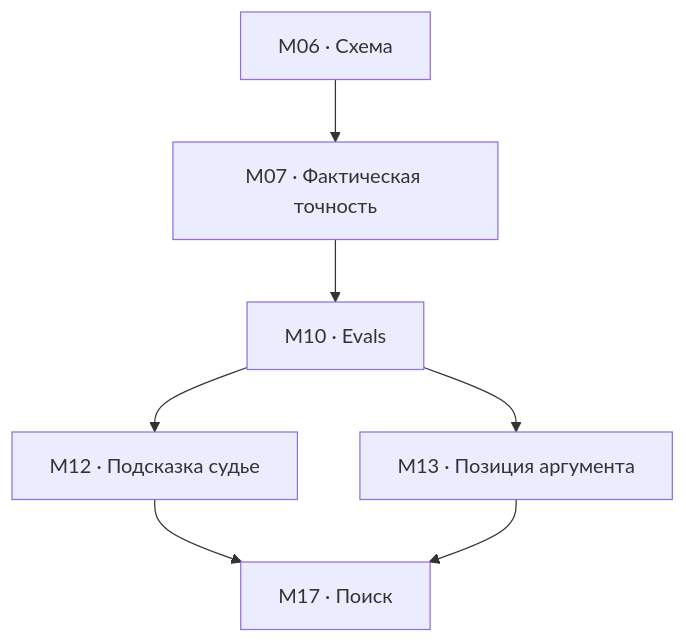
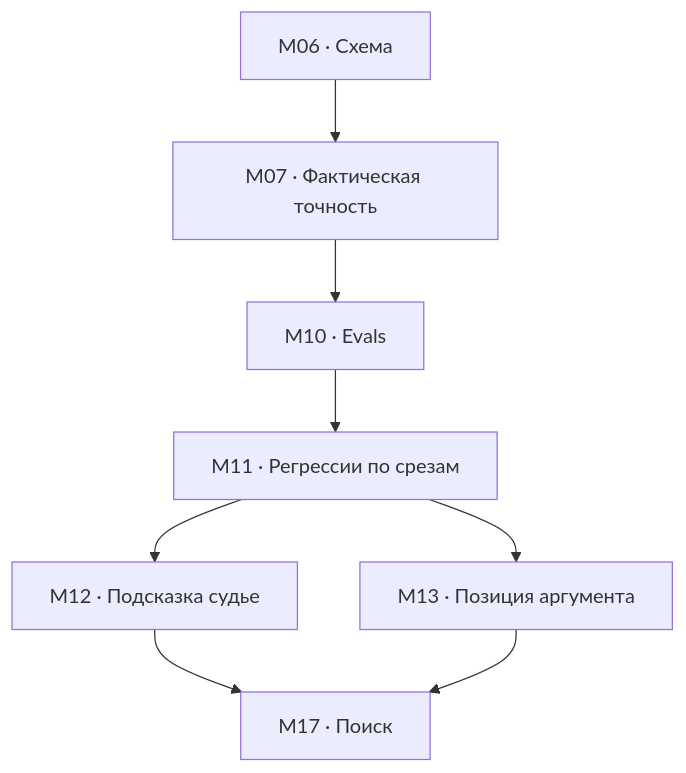
Before and after one commit to 620474/applied-ai-reading: the diagram in foundation.md, drawn with Mermaid. The commit also changed other lines of this file and 6 other files, not shown here.

````diff
--- a/foundation.md
+++ b/foundation.md
@@ -5,9 +5,10 @@
 ```mermaid
 flowchart TD
 A["M06 · Схема"] --> B["M07 · Фактическая точность"]
 B --> C["M10 · Evals"]
-C --> D["M12 · Подсказка судье"]
-C --> E["M13 · Позиция аргумента"]
+C --> X["M11 · Регрессии по срезам"]
+X --> D["M12 · Подсказка судье"]
+X --> E["M13 · Позиция аргумента"]
 D --> F["M17 · Поиск"]
 E --> F
 ```
````
